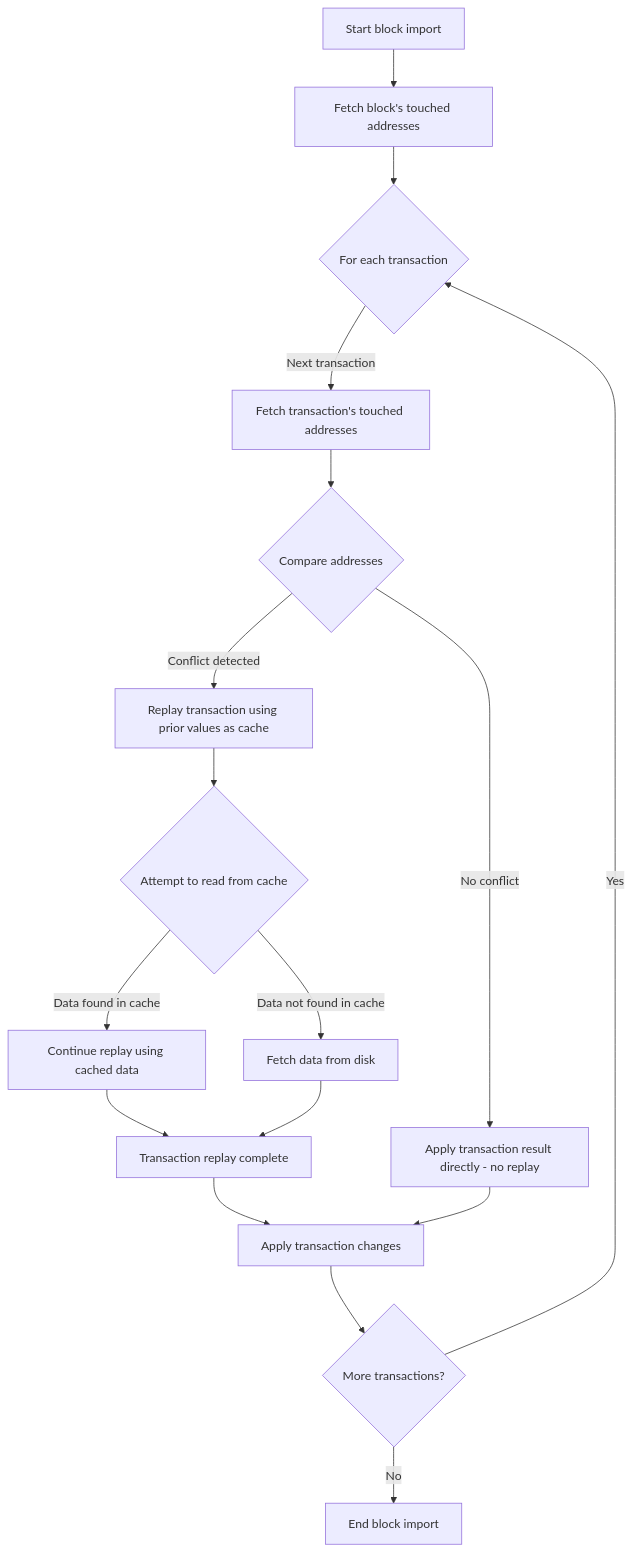
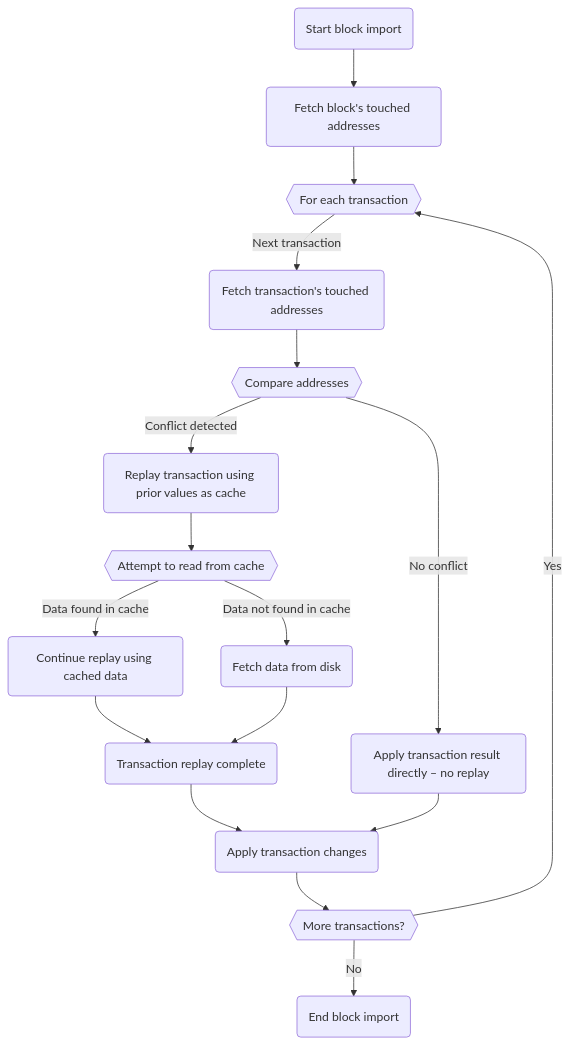
One commit to hyperledger/besu-docs changed the second of 3 diagrams in docs/public-networks/concepts/parallel-transaction-execution.md. Above: the diagram before and after it, drawn with Mermaid. The commit also changed other lines of this file and 1 other file, not shown here.

````diff
--- a/docs/public-networks/concepts/parallel-transaction-execution.md
+++ b/docs/public-networks/concepts/parallel-transaction-execution.md
@@ -62,19 +77,19 @@
 ```mermaid
 graph TD;
-  A[Start block import] --> B[Fetch block's touched addresses];
-  B --> C{For each transaction};
-  C -->|Next transaction| D[Fetch transaction's touched addresses];
-  D --> E{Compare addresses};
-  E -->|Conflict detected| F[Replay transaction using prior values as cache];
-  E -->|No conflict| G[Apply transaction result directly - no replay];
-  F --> H{Attempt to read from cache};
-  H -->|Data found in cache| I[Continue replay using cached data];
-  H -->|Data not found in cache| J[Fetch data from disk];
-  I --> K[Transaction replay complete];
+  A(Start block import) --> B(Fetch block's touched addresses);
+  B --> C{{For each transaction}};
+  C -->|Next transaction| D(Fetch transaction's touched addresses);
+  D --> E{{Compare addresses}};
+  E -->|Conflict detected| F(Replay transaction using prior values as cache);
+  E -->|No conflict| G(Apply transaction result directly – no replay);
+  F --> H{{Attempt to read from cache}};
+  H -->|Data found in cache| I(Continue replay using cached data);
+  H -->|Data not found in cache| J(Fetch data from disk);
+  I --> K(Transaction replay complete);
   J --> K;
-  K --> L[Apply transaction changes];
+  K --> L(Apply transaction changes);
   G --> L;
-  L --> M{More transactions?};
+  L --> M{{More transactions?}};
   M -->|Yes| C;
-  M -->|No| N[End block import];
+  M -->|No| N(End block import);
 ```
````
